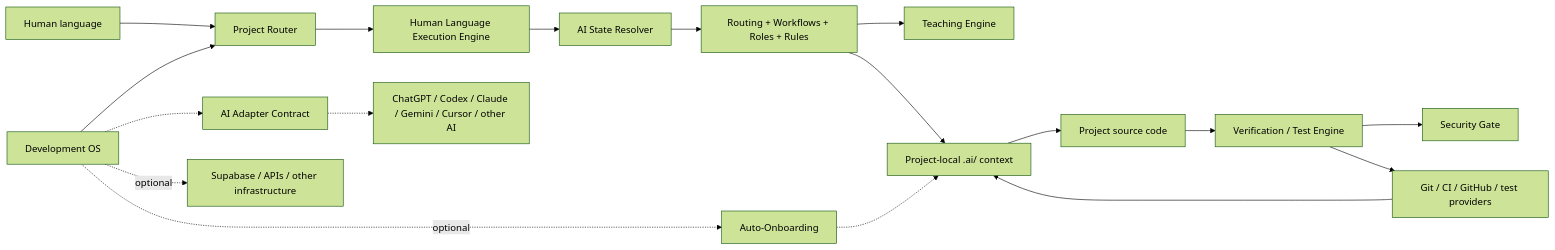
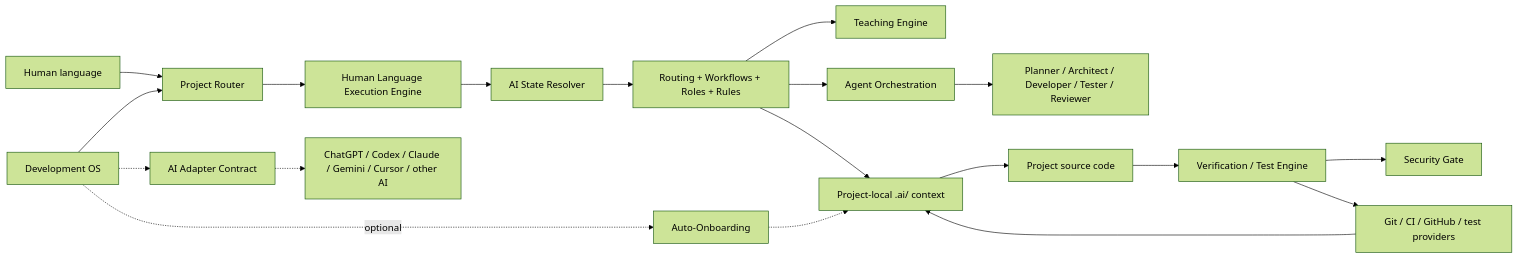
Before and after one commit to zzpsah/chatgpt-development-os: the second of 3 diagrams in docs/ARCHITECTURE.md, drawn with Mermaid (forest theme). The commit also changed other lines of this file, not shown here.

Commit message:
docs: integrate agent orchestration architecture

````diff
--- a/docs/ARCHITECTURE.md
+++ b/docs/ARCHITECTURE.md
@@ -43,20 +46,21 @@
 ```mermaid
 flowchart LR
     H[Human language] --> R[Project Router]
     R --> E[Human Language Execution Engine]
     E --> SR[AI State Resolver]
     SR --> W[Routing + Workflows + Roles + Rules]
     W --> TE[Teaching Engine]
+    W --> AO[Agent Orchestration]
     W --> PM[Project-local .ai/ context]
+    AO --> ROLES[Planner / Architect / Developer / Tester / Reviewer]
     PM --> SRC[Project source code]
     SRC --> V[Verification / Test Engine]
     V --> SG[Security Gate]
     V --> GH[Git / CI / GitHub / test providers]
     GH --> PM
     OS[Development OS] --> R
     OS -.-> AD[AI Adapter Contract]
     AD -.-> AI[ChatGPT / Codex / Claude / Gemini / Cursor / other AI]
-    OS -. optional .-> AO[Auto-Onboarding]
-    AO -.-> PM
-    OS -. optional .-> DB[Supabase / APIs / other infrastructure]
+    OS -. optional .-> AON[Auto-Onboarding]
+    AON -.-> PM
 ```
````
